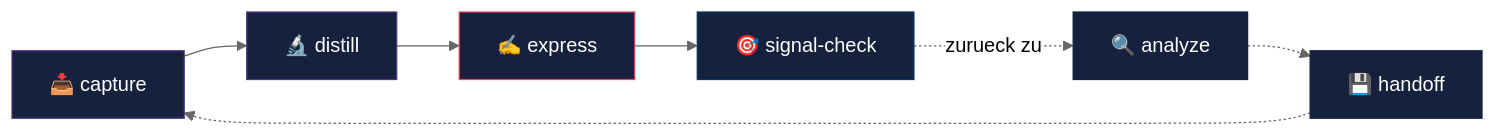
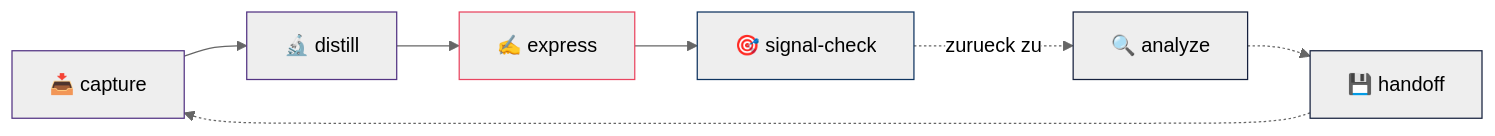
One commit to janrummel/claude-orchestrator-starter changed the fifth of 5 diagrams in README.de.md. Above: the diagram before and after it, drawn with Mermaid (neutral theme). The commit also changed other lines of this file and 3 other files, not shown here.

First line of the commit message:
Update website and diagrams: add quality-gate, fix Mermaid styling

````diff
--- a/README.de.md
+++ b/README.de.md
@@ -226,21 +226,21 @@
 ```mermaid
 flowchart LR
     C["📥 capture"]
     D["🔬 distill"]
     X["✍️ express"]
     S["🎯 signal-check"]
     A["🔍 analyze"]
     H["💾 handoff"]
 
     C --> D --> X --> S
     S -.->|"zurueck zu"| A
     A -.-> H
     H -.-> C
 
-    style C fill:#16213e,stroke:#533483,color:#fff
-    style D fill:#16213e,stroke:#533483,color:#fff
-    style X fill:#16213e,stroke:#e94560,color:#fff
-    style S fill:#16213e,stroke:#0f3460,color:#fff
-    style A fill:#16213e,stroke:#16213e,color:#fff
-    style H fill:#16213e,stroke:#16213e,color:#fff
+    style C stroke:#533483
+    style D stroke:#533483
+    style X stroke:#e94560
+    style S stroke:#0f3460
+    style A stroke:#16213e
+    style H stroke:#16213e
 ```
````
